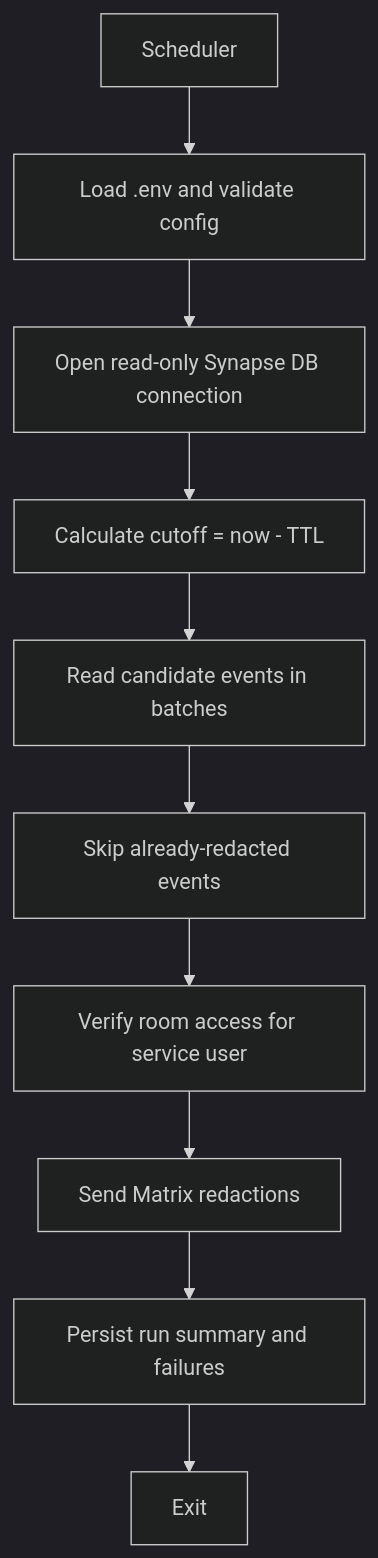
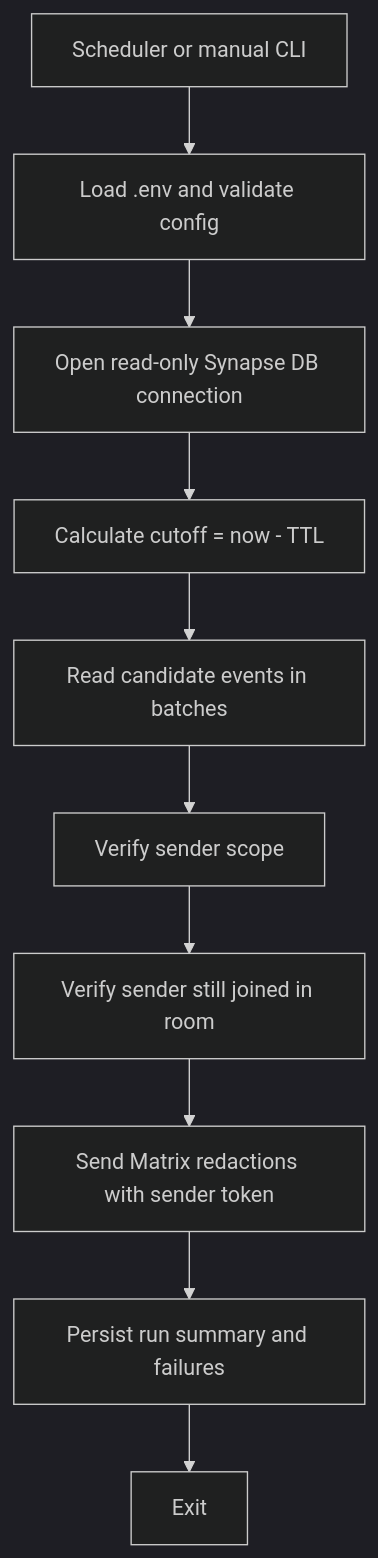
The first of 2 diagrams in docs/architecture.md (Hudrolax/europeya.matrix-redactor), drawn with Mermaid (dark theme) before and after one commit. The commit also changed other lines of this file and 21 other files, not shown here.

Commit message:
Skip redactions when sender left room

````diff
--- a/docs/architecture.md
+++ b/docs/architecture.md
@@ -130,12 +85,12 @@
 ```mermaid
 flowchart TD
-    A["Scheduler"] --> B["Load .env and validate config"]
+    A["Scheduler or manual CLI"] --> B["Load .env and validate config"]
     B --> C["Open read-only Synapse DB connection"]
     C --> D["Calculate cutoff = now - TTL"]
     D --> E["Read candidate events in batches"]
-    E --> F["Skip already-redacted events"]
-    F --> G["Verify room access for service user"]
-    G --> H["Send Matrix redactions"]
+    E --> F["Verify sender scope"]
+    F --> G["Verify sender still joined in room"]
+    G --> H["Send Matrix redactions with sender token"]
     H --> I["Persist run summary and failures"]
     I --> J["Exit"]
 ```
````
